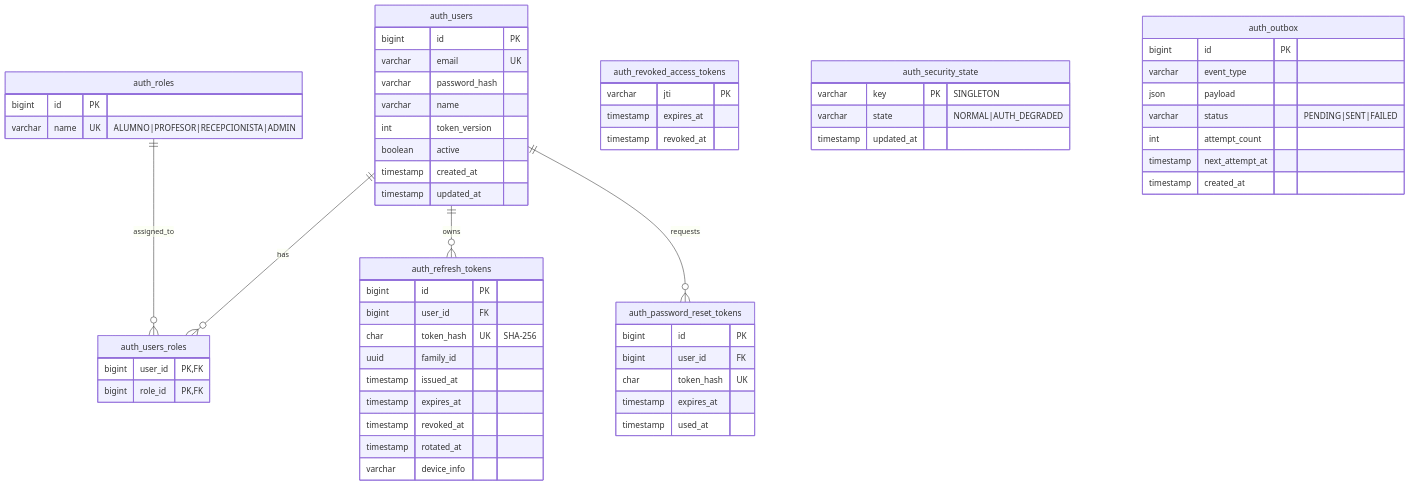
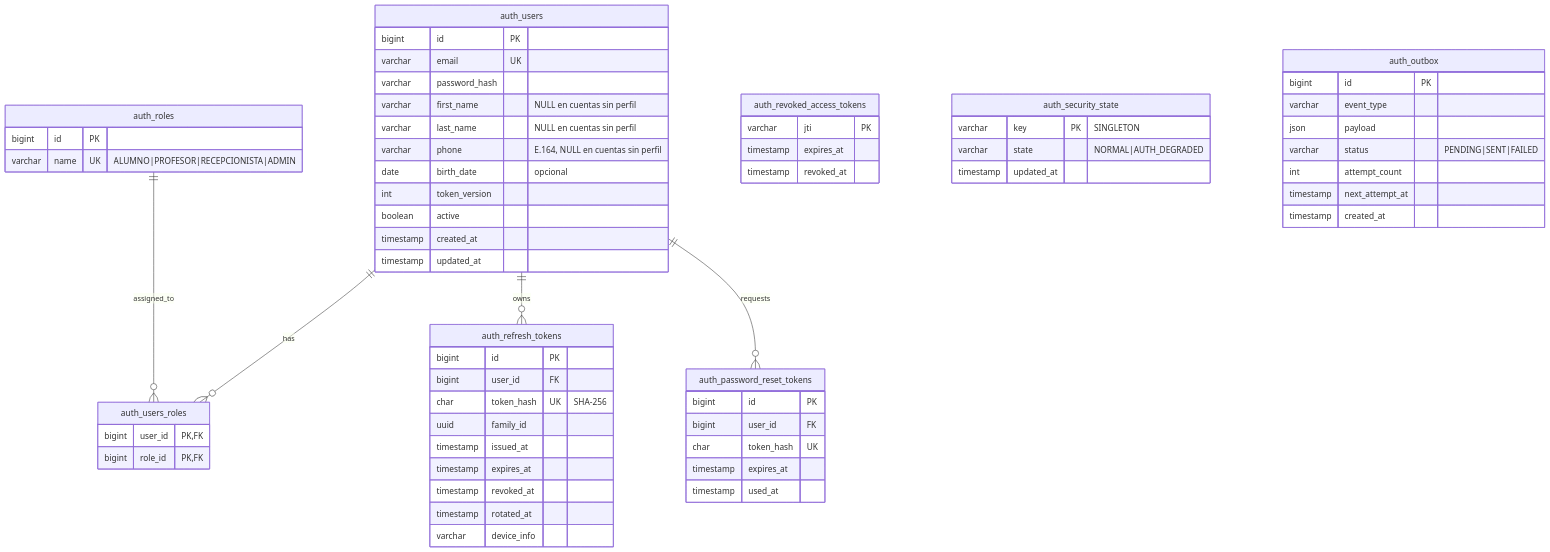
The second of 5 diagrams in docs/diagrams/ERD-DIAGRAM.md (urrestarazu-org/menta-dance), drawn with Mermaid before and after one commit. The commit also changed 49 other files, not shown here.

````diff
--- a/docs/diagrams/ERD-DIAGRAM.md
+++ b/docs/diagrams/ERD-DIAGRAM.md
@@ -76,70 +76,73 @@
 ```mermaid
 erDiagram
     auth_users {
         bigint id PK
         varchar email UK
         varchar password_hash
-        varchar name
+        varchar first_name "NULL en cuentas sin perfil"
+        varchar last_name "NULL en cuentas sin perfil"
+        varchar phone "E.164, NULL en cuentas sin perfil"
+        date birth_date "opcional"
         int token_version
         boolean active
         timestamp created_at
         timestamp updated_at
     }
 
     auth_roles {
         bigint id PK
         varchar name UK "ALUMNO|PROFESOR|RECEPCIONISTA|ADMIN"
     }
 
     auth_users_roles {
         bigint user_id PK,FK
         bigint role_id PK,FK
     }
 
     auth_refresh_tokens {
         bigint id PK
         bigint user_id FK
         char token_hash UK "SHA-256"
         uuid family_id
         timestamp issued_at
         timestamp expires_at
         timestamp revoked_at
         timestamp rotated_at
         varchar device_info
     }
 
     auth_revoked_access_tokens {
         varchar jti PK
         timestamp expires_at
         timestamp revoked_at
     }
 
     auth_password_reset_tokens {
         bigint id PK
         bigint user_id FK
         char token_hash UK
         timestamp expires_at
         timestamp used_at
     }
 
     auth_security_state {
         varchar key PK "SINGLETON"
         varchar state "NORMAL|AUTH_DEGRADED"
         timestamp updated_at
     }
 
     auth_outbox {
         bigint id PK
         varchar event_type
         json payload
         varchar status "PENDING|SENT|FAILED"
         int attempt_count
         timestamp next_attempt_at
         timestamp created_at
     }
 
     auth_users ||--o{ auth_users_roles : has
     auth_roles ||--o{ auth_users_roles : assigned_to
     auth_users ||--o{ auth_refresh_tokens : owns
     auth_users ||--o{ auth_password_reset_tokens : requests
 ```
````
